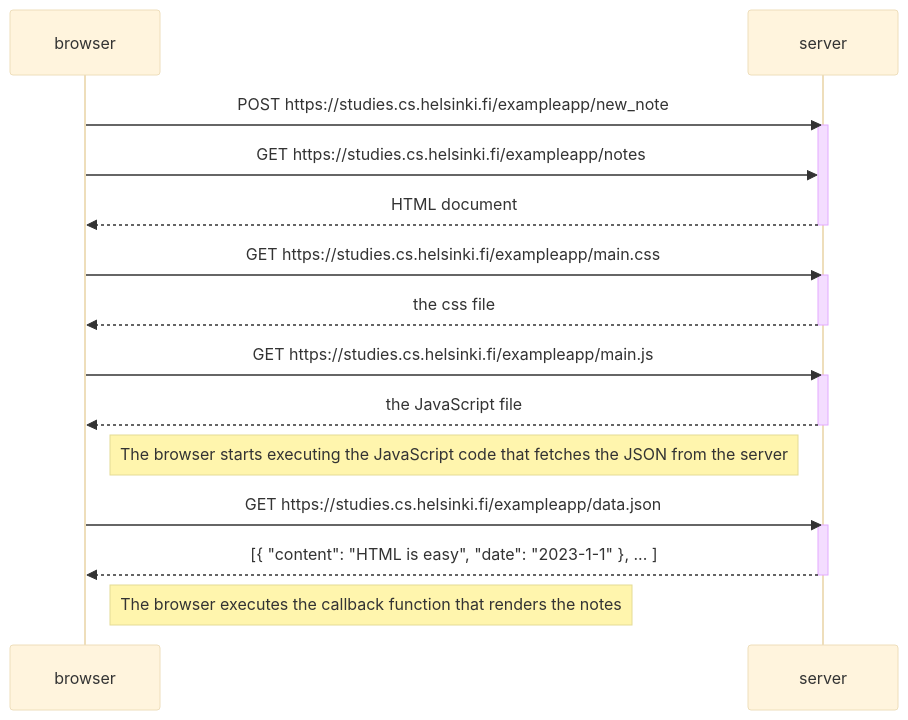
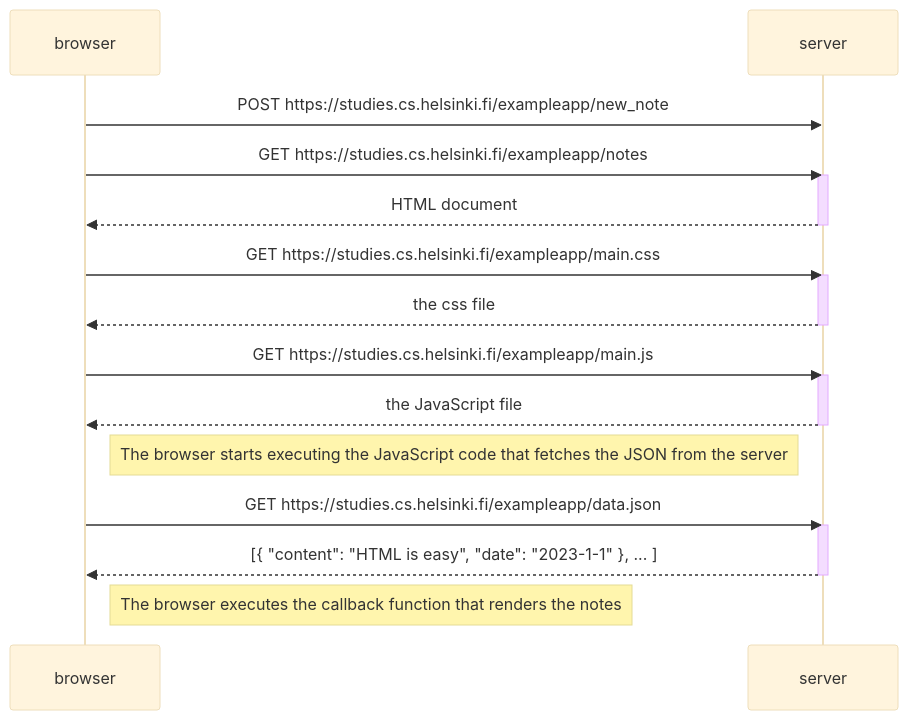
Before and after one commit to Julle999/osa0: the diagram in README.md, drawn with Mermaid (base theme). The commit also changed other lines of this file, not shown here.

Commit message:
Fix indentation and activate server in sequence diagram

````diff
--- a/README.md
+++ b/README.md
@@ -2,30 +2,30 @@
 ```mermaid
 sequenceDiagram
     participant browser
     participant server
     
     browser->>server: POST https://studies.cs.helsinki.fi/exampleapp/new_note
+    browser->>server: GET https://studies.cs.helsinki.fi/exampleapp/notes
     activate server
-    browser->>server: GET https://studies.cs.helsinki.fi/exampleapp/notes
     server-->>browser: HTML document
     deactivate server
     
     browser->>server: GET https://studies.cs.helsinki.fi/exampleapp/main.css
     activate server
     server-->>browser: the css file
     deactivate server
     
     browser->>server: GET https://studies.cs.helsinki.fi/exampleapp/main.js
     activate server
     server-->>browser: the JavaScript file
     deactivate server
     
     Note right of browser: The browser starts executing the JavaScript code that fetches the JSON from the server
     
     browser->>server: GET https://studies.cs.helsinki.fi/exampleapp/data.json
     activate server
     server-->>browser: [{ "content": "HTML is easy", "date": "2023-1-1" }, ... ]
     deactivate server    
 
     Note right of browser: The browser executes the callback function that renders the notes 
 ```
````
